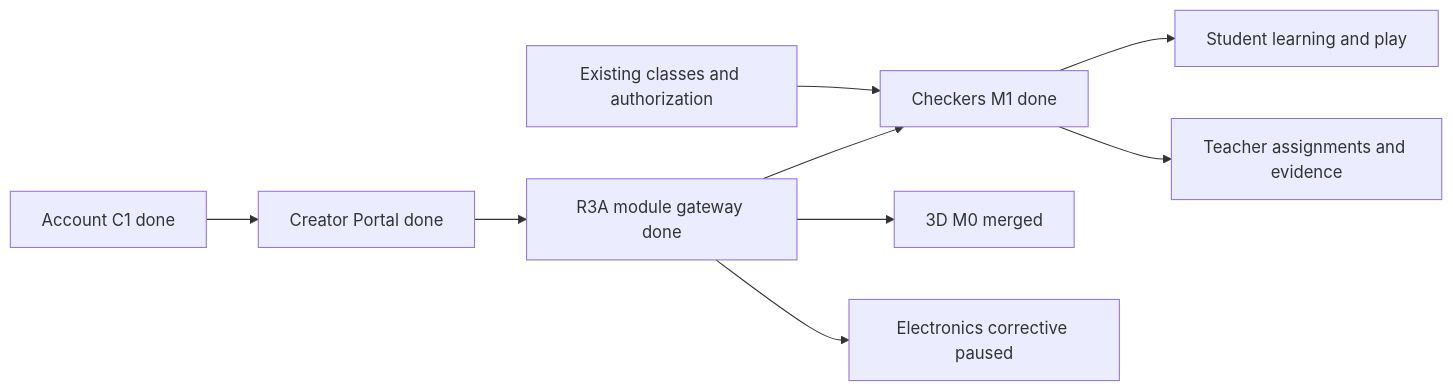
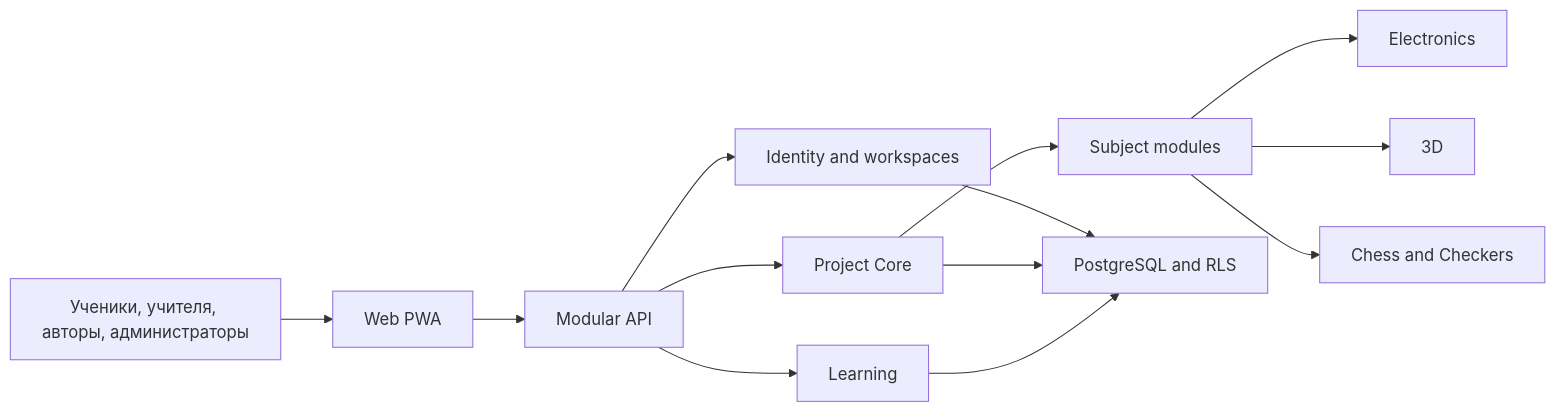
Before and after one commit to spikeal8-maker/asa-lab: the diagram in docs/project-map/PROJECT_MAP.md, drawn with Mermaid. The commit also changed other lines of this file and 24 other files, not shown here.

````diff
--- a/docs/project-map/PROJECT_MAP.md
+++ b/docs/project-map/PROJECT_MAP.md
@@ -48,11 +21,15 @@
 ```mermaid
 flowchart LR
-  ACCOUNT["Account C1 done"] --> PORTAL["Creator Portal done"]
-  PORTAL --> GATE["R3A module gateway done"]
-  GATE --> CHECKERS["Checkers M1 done"]
-  GATE --> THREED["3D M0 merged"]
-  GATE --> ELECTRONICS["Electronics corrective paused"]
-  CLASSROOM["Existing classes and authorization"] --> CHECKERS
-  CHECKERS --> STUDENT["Student learning and play"]
-  CHECKERS --> TEACHER["Teacher assignments and evidence"]
+  USERS["Ученики, учителя, авторы, администраторы"] --> WEB["Web PWA"]
+  WEB --> API["Modular API"]
+  API --> ID["Identity and workspaces"]
+  API --> PROJECTS["Project Core"]
+  API --> LEARNING["Learning"]
+  PROJECTS --> MODULES["Subject modules"]
+  MODULES --> ELECTRONICS["Electronics"]
+  MODULES --> THREED["3D"]
+  MODULES --> CHESS["Chess and Checkers"]
+  ID --> PG["PostgreSQL and RLS"]
+  PROJECTS --> PG
+  LEARNING --> PG
 ```
````
